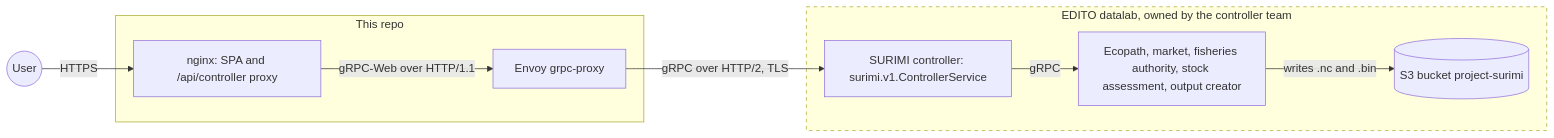
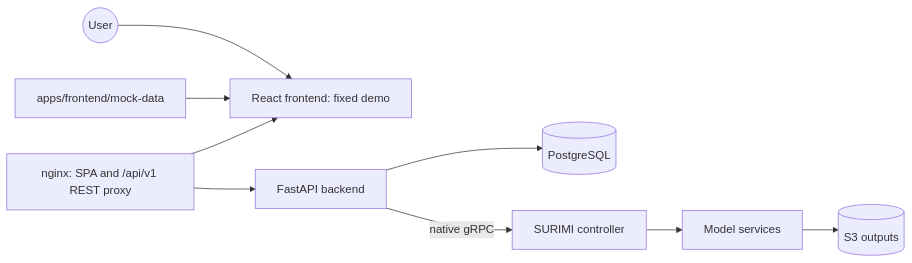
The first of 9 diagrams in docs/ARCHITECTURE.md (SURIMI-Project/SURIMI-modelgui), drawn with Mermaid before and after one commit. The commit also changed other lines of this file and 185 other files, not shown here.

````diff
--- a/docs/ARCHITECTURE.md
+++ b/docs/ARCHITECTURE.md
@@ -13,19 +9,11 @@
 ```mermaid
 flowchart LR
-    user(("User"))
-    subgraph web [This repo]
-        nginx["nginx: SPA and /api/controller proxy"]
-        envoy["Envoy grpc-proxy"]
-    end
-    subgraph edito [EDITO datalab, owned by the controller team]
-        ctrl["SURIMI controller: surimi.v1.ControllerService"]
-        models["Ecopath, market, fisheries authority, stock assessment, output creator"]
-        s3[("S3 bucket project-surimi")]
-    end
-    user -->|HTTPS| nginx
-    nginx -->|"gRPC-Web over HTTP/1.1"| envoy
-    envoy -->|"gRPC over HTTP/2, TLS"| ctrl
-    ctrl -->|gRPC| models
-    models -->|"writes .nc and .bin"| s3
-    style edito stroke-dasharray: 5 5
+    user(("User")) --> spa["React frontend: fixed demo"]
+    fixtures["apps/frontend/mock-data"] --> spa
+    nginx["nginx: SPA and /api/v1 REST proxy"] --> spa
+    nginx --> api["FastAPI backend"]
+    api --> postgres[("PostgreSQL")]
+    api -->|"native gRPC"| ctrl["SURIMI controller"]
+    ctrl --> models["Model services"]
+    models --> s3[("S3 outputs")]
 ```
````
